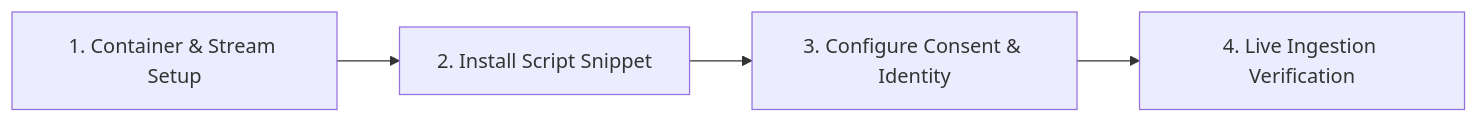
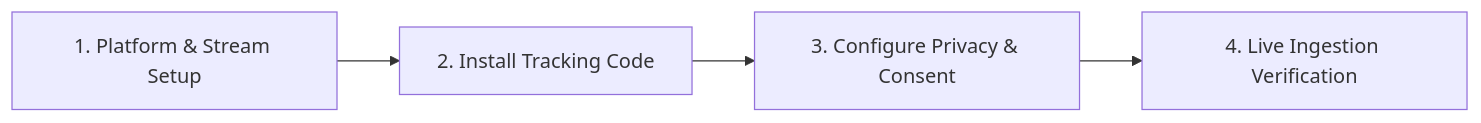
Before and after one commit to jimitchavdadev/gtm-ga4-open-source: the diagram in ONBOARDING.md, drawn with Mermaid. The commit also changed other lines of this file and 16 other files, not shown here.

````diff
--- a/ONBOARDING.md
+++ b/ONBOARDING.md
@@ -56,6 +36,6 @@
 ```mermaid
 flowchart LR
-    Step1["1. Container & Stream Setup"] --> Step2["2. Install Script Snippet"]
-    Step2 --> Step3["3. Configure Consent & Identity"]
+    Step1["1. Platform & Stream Setup"] --> Step2["2. Install Tracking Code"]
+    Step2 --> Step3["3. Configure Privacy & Consent"]
     Step3 --> Step4["4. Live Ingestion Verification"]
 ```
````
